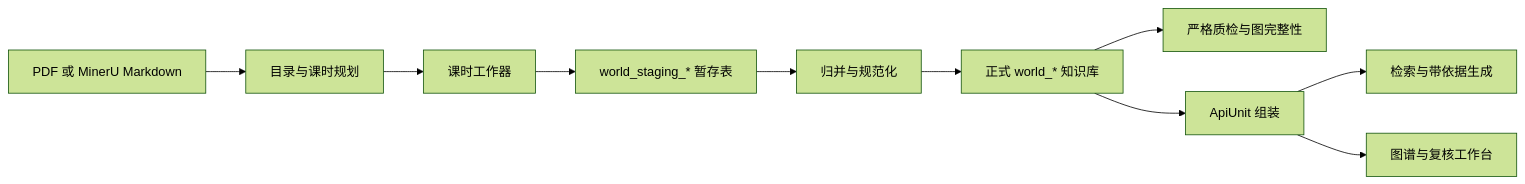
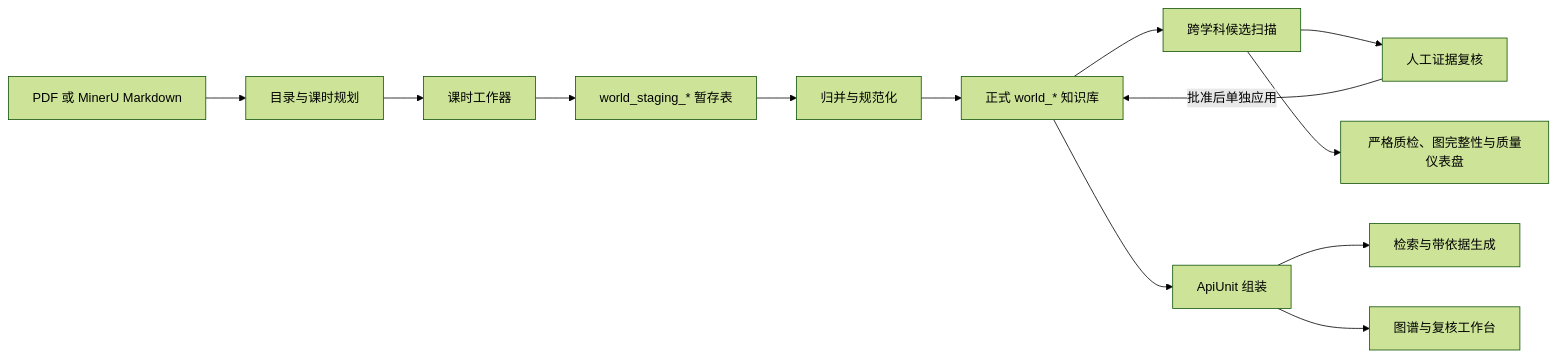
The diagram in README.zh-CN.md (Titan-Frank/InnoKnowledge), drawn with Mermaid (forest theme) before and after one commit. The commit also changed other lines of this file and 51 other files, not shown here.

````diff
--- a/README.zh-CN.md
+++ b/README.zh-CN.md
@@ -38,12 +39,15 @@
 ```mermaid
 flowchart LR
     A["PDF 或 MinerU Markdown"] --> B["目录与课时规划"]
     B --> C["课时工作器"]
     C --> D["world_staging_* 暂存表"]
     D --> E["归并与规范化"]
     E --> F["正式 world_* 知识库"]
-    F --> G["严格质检与图完整性"]
+    F --> K["跨学科候选扫描"]
+    K --> L["人工证据复核"]
+    L -->|批准后单独应用| F
+    K --> G["严格质检、图完整性与质量仪表盘"]
     F --> H["ApiUnit 组装"]
     H --> I["检索与带依据生成"]
     H --> J["图谱与复核工作台"]
 ```
````
